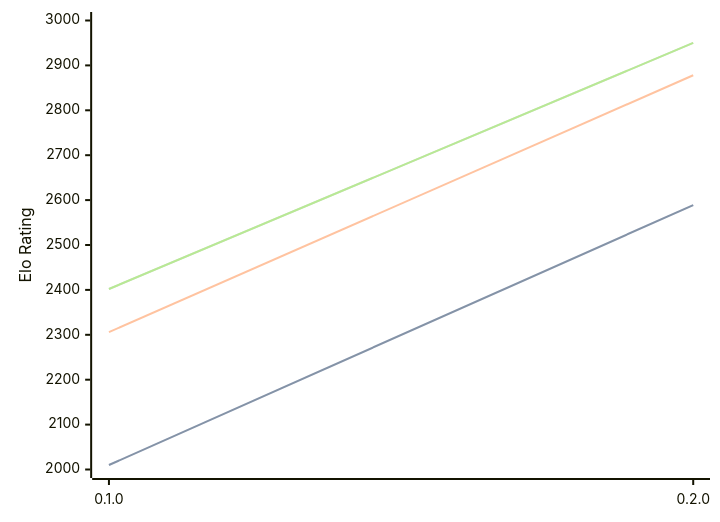
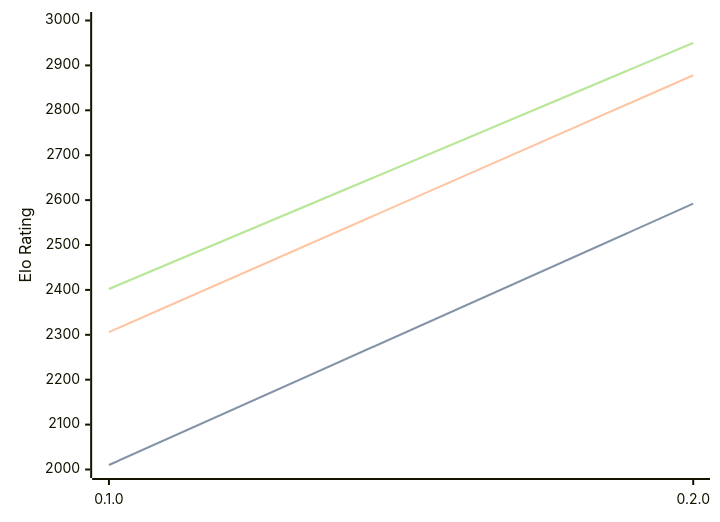
The first of 3 diagrams in engines/Justbot.md (computer-chess-index/cci), drawn with Mermaid before and after one commit. The commit also changed other lines of this file, not shown here.

````diff
--- a/engines/Justbot.md
+++ b/engines/Justbot.md
@@ -32,11 +32,11 @@
 ```mermaid
 %%{init: {"theme":"base","themeVariables":{"seriesColors:['#a3a3a3','#222221','#faa371']}}}%%
 xychart-beta
   x-axis ["0.1.0", "0.2.0"]
   y-axis "Elo Rating" 2000 --> 3000
-  line "STC (8.0+0.08s)" [2010, 2589]
-  line "STC (8.0+0.08s)" [2010, 2589]
+  line "STC (8.0+0.08s)" [2010, 2592]
+  line "STC (8.0+0.08s)" [2010, 2592]
   line "LTC (60.0+0.60s)" [2306, 2878]
   line "VLTC (2m24s+1.12s)" [2402, 2950]
   line "VLTC (2m24s+1.12s)" [2402, 2950]
 ```
````
